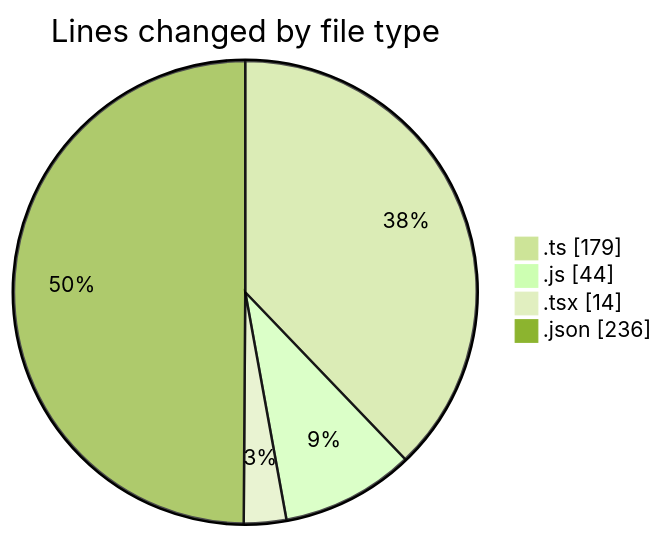
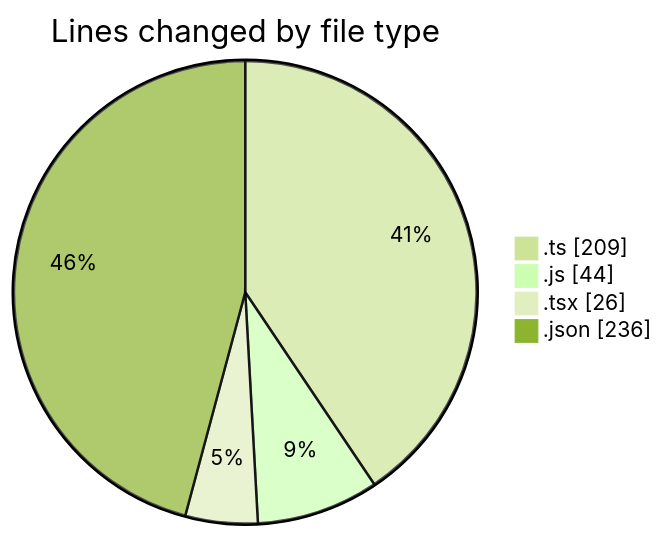
The first of 2 diagrams in 2026-08-03/cda/README.md (momahboobian/code-tracking), drawn with Mermaid (forest theme) before and after one commit. The commit also changed other lines of this file and 1 other file, not shown here.

````diff
--- a/2026-08-03/cda/README.md
+++ b/2026-08-03/cda/README.md
@@ -28,8 +28,8 @@
 ```mermaid
 pie showData
 title Lines changed by file type
-".ts" : 179
+".ts" : 209
 ".js" : 44
-".tsx" : 14
+".tsx" : 26
 ".json" : 236
 ```
````
